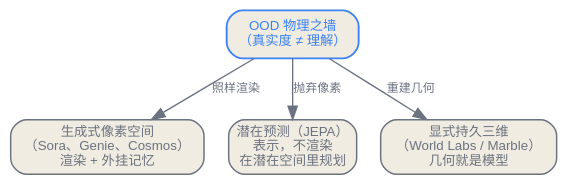
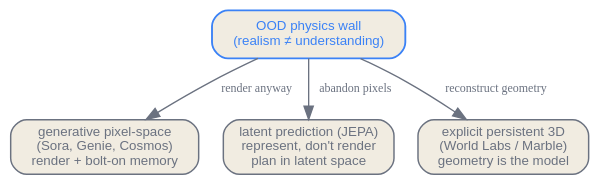
One commit to latere-ai/ai-as-an-infrastructure changed the first of 2 diagrams in zh/p11-frontiers/50-beyond-text.qmd. Above: the diagram before and after it, drawn with Graphviz. The commit also changed other lines of this file and 106 other files, not shown here.

````diff
--- a/zh/p11-frontiers/50-beyond-text.qmd
+++ b/zh/p11-frontiers/50-beyond-text.qmd
@@ -23,19 +23,19 @@
 ```{dot}
 //| label: fig-beyond-trichotomy
 //| fig-cap: "「世界模型是什么」的三个架构答案，每一个都是对分布外物理之墙的不同回应。生成派渲染世界、用外挂记忆给连贯性打补丁；潜在派在抽象里预测、并在那里规划；显式三维派让持久几何成为表示本身。"
 digraph trichotomy {
   rankdir=TB;
   bgcolor="transparent";
   node [shape=box, style="rounded,filled", fontname="Helvetica", fontsize=10, color="#6b7280", fontcolor="#6b7280", fillcolor="#f1ece1", penwidth=1.1];
   edge [color="#6b7280", fontcolor="#6b7280", fontsize=9];
 
-  wall [label="OOD 物理之墙\n（真实度 ≠ 理解）", color="#3b82f6", fontcolor="#3b82f6", penwidth=1.4];
-  gen  [label="生成式像素空间\n（Sora、Genie、Cosmos）\n渲染 + 外挂记忆"];
-  jepa [label="潜在预测（JEPA）\n表示，不渲染\n在潜在空间里规划"];
-  d3   [label="显式持久三维\n（World Labs / Marble）\n几何就是模型"];
+  wall [label="OOD physics wall\n(realism ≠ understanding)", color="#3b82f6", fontcolor="#3b82f6", penwidth=1.4];
+  gen  [label="generative pixel-space\n(Sora, Genie, Cosmos)\nrender + bolt-on memory"];
+  jepa [label="latent prediction (JEPA)\nrepresent, don't render\nplan in latent space"];
+  d3   [label="explicit persistent 3D\n(World Labs / Marble)\ngeometry is the model"];
 
-  wall -> gen [label="照样渲染"];
-  wall -> jepa [label="抛弃像素"];
-  wall -> d3 [label="重建几何"];
+  wall -> gen [label="render anyway"];
+  wall -> jepa [label="abandon pixels"];
+  wall -> d3 [label="reconstruct geometry"];
 }
 ```
````
